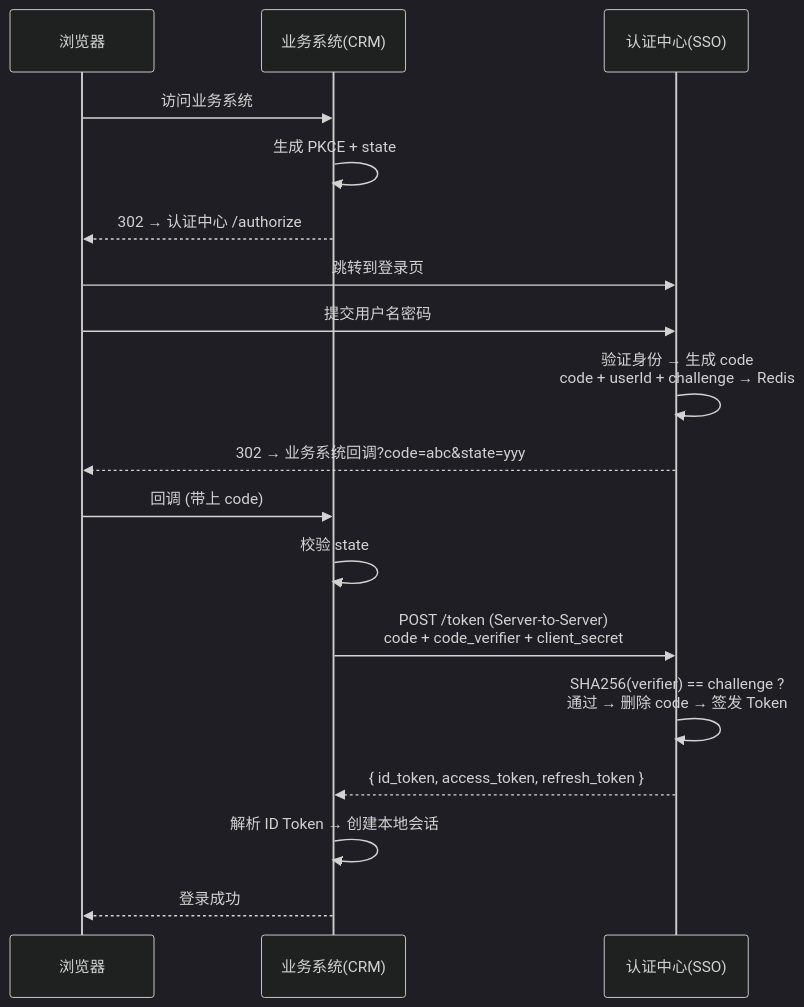
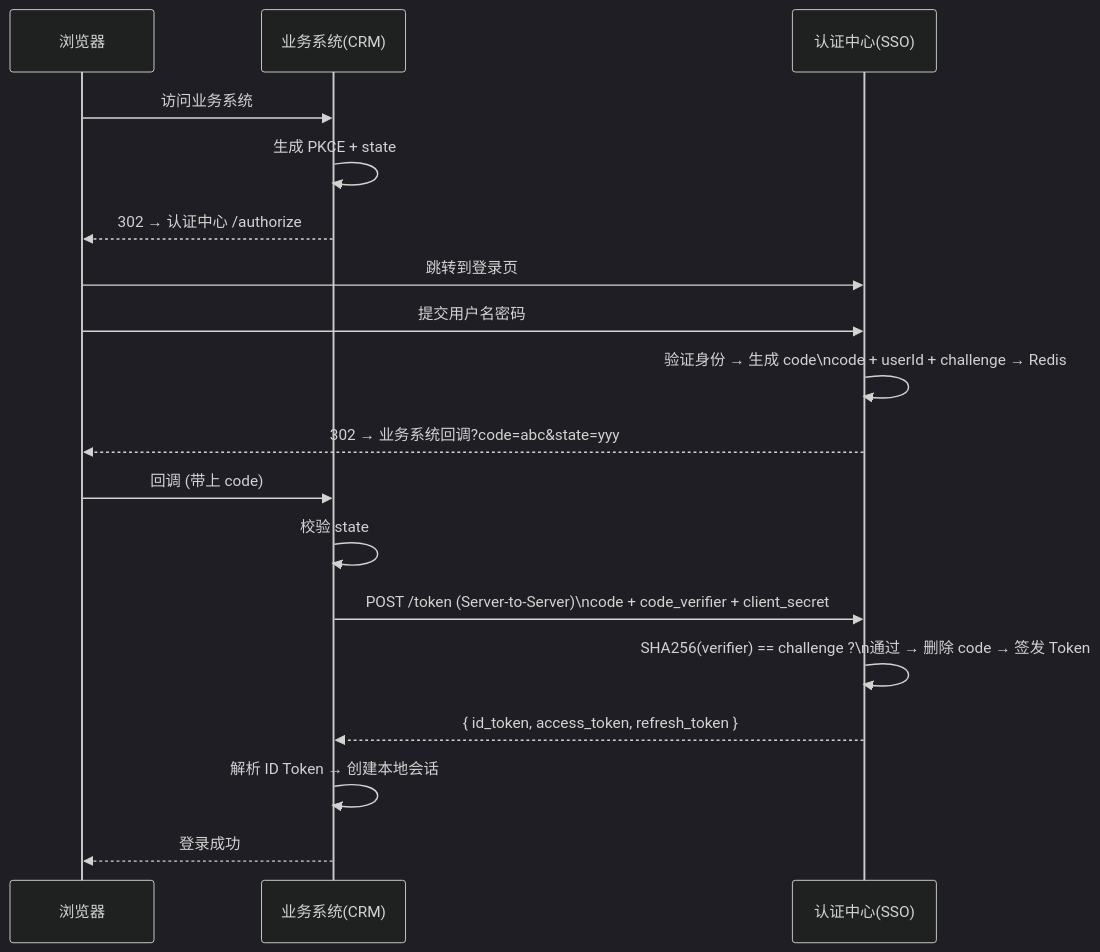
One commit to yaocat55/yaocat55.github.io changed the third of 3 diagrams in content/posts/springsecurity/OAuth2JwtSsoImplementation.md. Above: the diagram before and after it, drawn with Mermaid (dark theme). The commit also changed other lines of this file and 155 other files, not shown here.

````diff
--- a/content/posts/springsecurity/OAuth2JwtSsoImplementation.md
+++ b/content/posts/springsecurity/OAuth2JwtSsoImplementation.md
@@ -1012,21 +1012,21 @@
 ```mermaid
 sequenceDiagram
     participant B as 浏览器
     participant C as 业务系统(CRM)
     participant A as 认证中心(SSO)
 
     B->>C: 访问业务系统
     C->>C: 生成 PKCE + state
     C-->>B: 302 → 认证中心 /authorize
     B->>A: 跳转到登录页
     B->>A: 提交用户名密码
-    A->>A: 验证身份 → 生成 code<br/>code + userId + challenge → Redis
+    A->>A: 验证身份 → 生成 code\ncode + userId + challenge → Redis
     A-->>B: 302 → 业务系统回调?code=abc&state=yyy
     B->>C: 回调 (带上 code)
     C->>C: 校验 state
-    C->>A: POST /token (Server-to-Server)<br/>code + code_verifier + client_secret
-    A->>A: SHA256(verifier) == challenge ?<br/>通过 → 删除 code → 签发 Token
+    C->>A: POST /token (Server-to-Server)\ncode + code_verifier + client_secret
+    A->>A: SHA256(verifier) == challenge ?\n通过 → 删除 code → 签发 Token
     A-->>C: { id_token, access_token, refresh_token }
     C->>C: 解析 ID Token → 创建本地会话
     C-->>B: 登录成功
 ```
````
